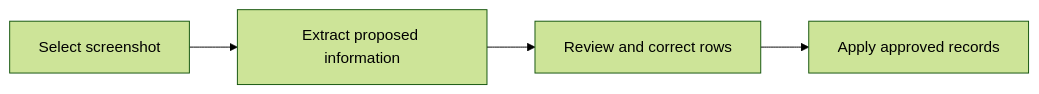
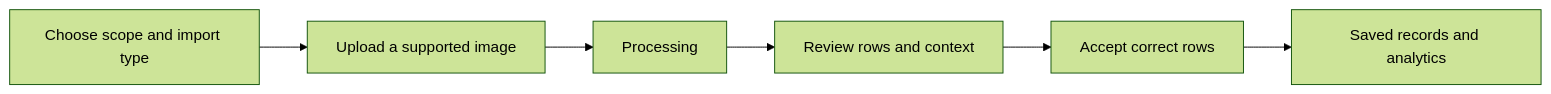
One commit to cristianrusu777/Kingshot-Events-Tracker-DOCS changed the diagram in docs/kingshot-events/imports/screenshot-import.md. Above: the diagram before and after it, drawn with Mermaid (forest theme). The commit also changed other lines of this file and 52 other files, not shown here.

````diff
--- a/docs/kingshot-events/imports/screenshot-import.md
+++ b/docs/kingshot-events/imports/screenshot-import.md
@@ -19,8 +34,8 @@
 ```mermaid
 flowchart LR
-  A["Select screenshot"]
-  B["Extract proposed information"]
-  C["Review and correct rows"]
-  D["Apply approved records"]
-  A --> B --> C --> D
+  A["Choose scope and import type"] --> B["Upload a supported image"]
+  B --> C["Processing"]
+  C --> D["Review rows and context"]
+  D --> E["Accept correct rows"]
+  E --> F["Saved records and analytics"]
 ```
````
